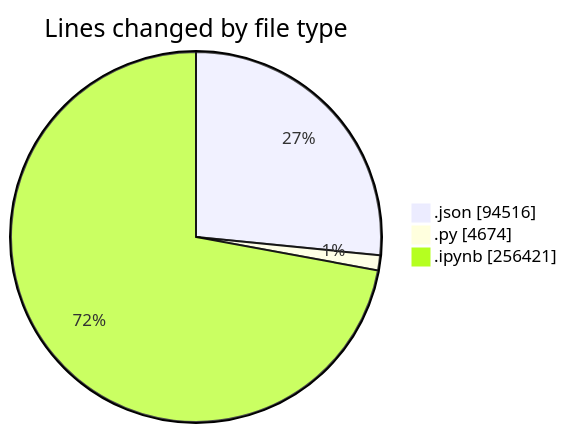
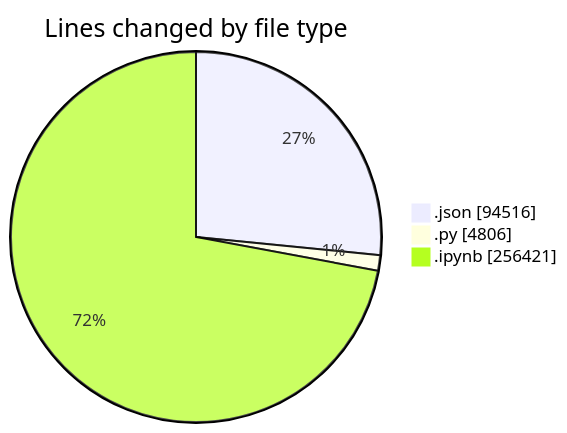
One commit to MatusMokan/code-tracking changed the first of 2 diagrams in 2025-10-04/untitled__workspace_/README.md. Above: the diagram before and after it, drawn with Mermaid. The commit also changed other lines of this file and 1 other file, not shown here.

````diff
--- a/2025-10-04/untitled__workspace_/README.md
+++ b/2025-10-04/untitled__workspace_/README.md
@@ -38,7 +38,7 @@
 ```mermaid
 pie showData
 title Lines changed by file type
 ".json" : 94516
-".py" : 4674
+".py" : 4806
 ".ipynb" : 256421
 ```
````
